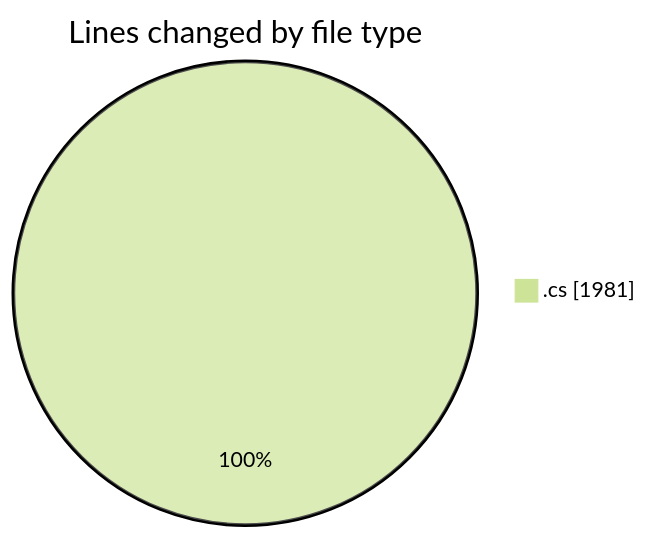
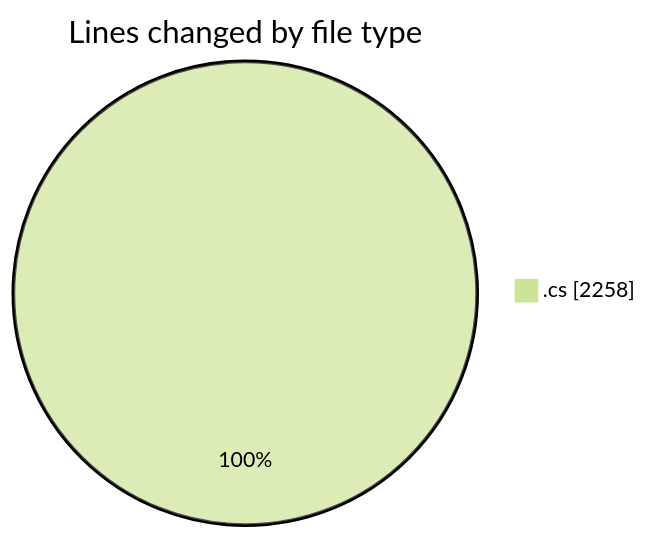
One commit to charlie-sans/code-tracking changed the first of 2 diagrams in 2025-02-09/koderunner/README.md. Above: the diagram before and after it, drawn with Mermaid (forest theme). The commit also changed other lines of this file and 1 other file, not shown here.

````diff
--- a/2025-02-09/koderunner/README.md
+++ b/2025-02-09/koderunner/README.md
@@ -22,5 +23,5 @@
 ```mermaid
 pie showData
 title Lines changed by file type
-".cs" : 1981
+".cs" : 2258
 ```
````
